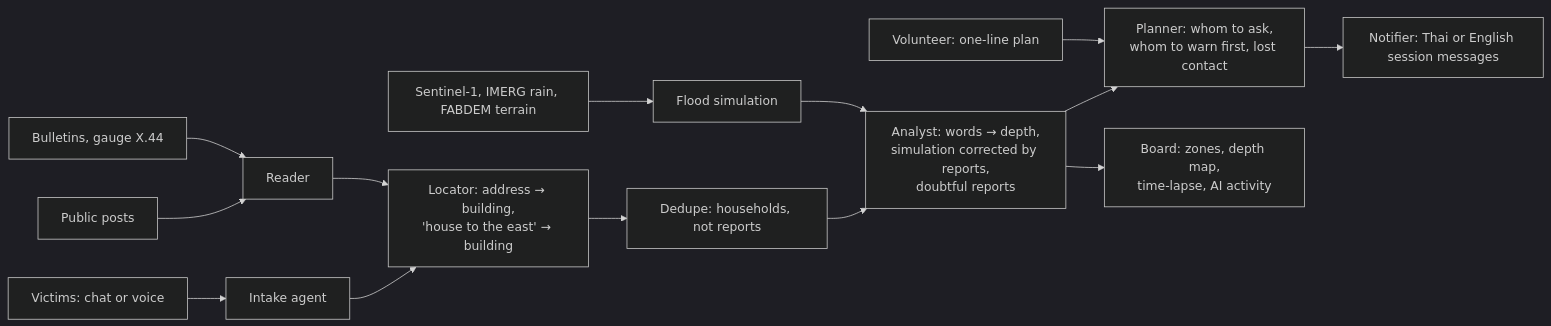
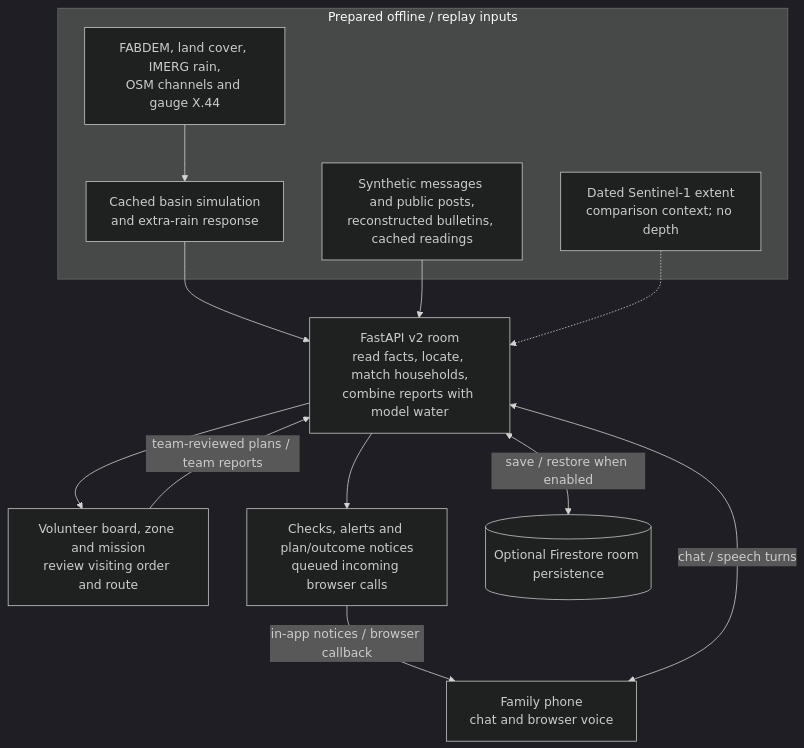
Before and after one commit to Supphaset/ReachPoint: the diagram in README.md, drawn with Mermaid (dark theme). The commit also changed other lines of this file and 6 other files, not shown here.

Commit message:
Align README and architecture diagram with the v2 runtime

````diff
--- a/README.md
+++ b/README.md
@@ -89,16 +96,24 @@
 ```mermaid
-flowchart LR
-  V["Victims: chat or voice"] --> I["Intake agent"]
-  P["Public posts"] --> RD["Reader"]
-  B["Bulletins, gauge X.44"] --> RD
-  S["Sentinel-1, IMERG rain, FABDEM terrain"] --> SIM["Flood simulation"]
-  I --> L["Locator: address → building,<br/>'house to the east' → building"]
-  RD --> L
-  L --> D["Dedupe: households, not reports"]
-  D --> A["Analyst: words → depth,<br/>simulation corrected by reports,<br/>doubtful reports"]
-  SIM --> A
-  A --> PL["Planner: whom to ask,<br/>whom to warn first, lost contact"]
-  PL --> N["Notifier: Thai or English session messages"]
-  VP["Volunteer: one-line plan"] --> PL
-  A --> BD["Board: zones, depth map,<br/>time-lapse, AI activity"]
+flowchart TB
+  subgraph OFF["Prepared offline / replay inputs"]
+    D["FABDEM, land cover, IMERG rain,<br/>OSM channels and gauge X.44"]
+    M["Cached basin simulation<br/>and extra-rain response"]
+    C["Synthetic messages and public posts,<br/>reconstructed bulletins, cached readings"]
+    S["Dated Sentinel-1 extent<br/>comparison context; no depth"]
+    D --> M
+  end
+  F["Family phone<br/>chat and browser voice"]
+  R["FastAPI v2 room<br/>read facts, locate, match households,<br/>combine reports with model water"]
+  V["Volunteer board, zone and mission<br/>review visiting order and route"]
+  N["Checks, alerts and plan/outcome notices<br/>queued incoming browser calls"]
+  DB[("Optional Firestore room persistence")]
+  M --> R
+  C --> R
+  S -.-> R
+  F <-->|chat / speech turns| R
+  R --> V
+  V -->|team-reviewed plans / team reports| R
+  R --> N
+  N -->|in-app notices / browser callback| F
+  R <-->|save / restore when enabled| DB
 ```
````
